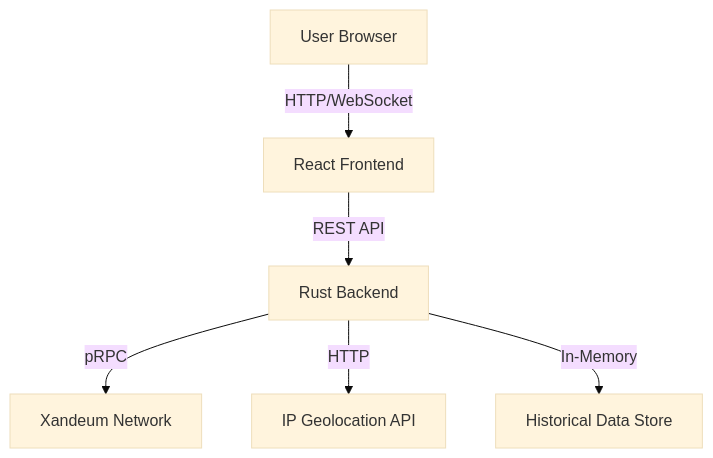
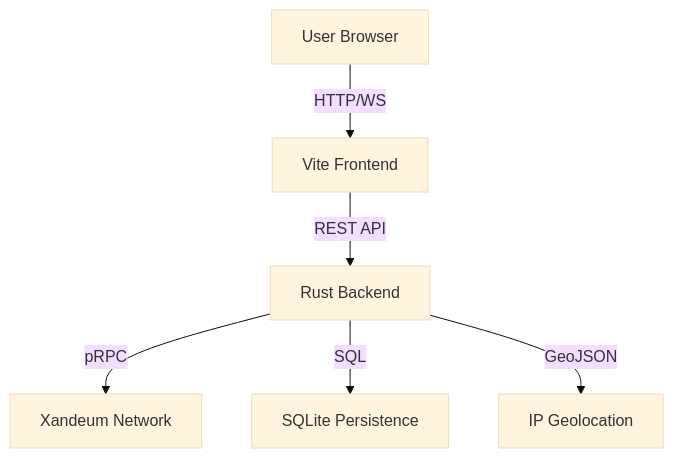
Before and after one commit to Ndifreke000/xandeum-observer: the diagram in README.md, drawn with Mermaid (base theme). The commit also changed other lines of this file and 7 other files, not shown here.

````diff
--- a/README.md
+++ b/README.md
@@ -69,8 +38,8 @@
 ```mermaid
 graph TD
-    A[User Browser] -->|HTTP/WebSocket| B[React Frontend]
+    A[User Browser] -->|HTTP/WS| B[Vite Frontend]
     B -->|REST API| C[Rust Backend]
     C -->|pRPC| D[Xandeum Network]
-    C -->|HTTP| E[IP Geolocation API]
-    C -->|In-Memory| F[Historical Data Store]
+    C -->|SQL| E[SQLite Persistence]
+    C -->|GeoJSON| F[IP Geolocation]
 ```
````
